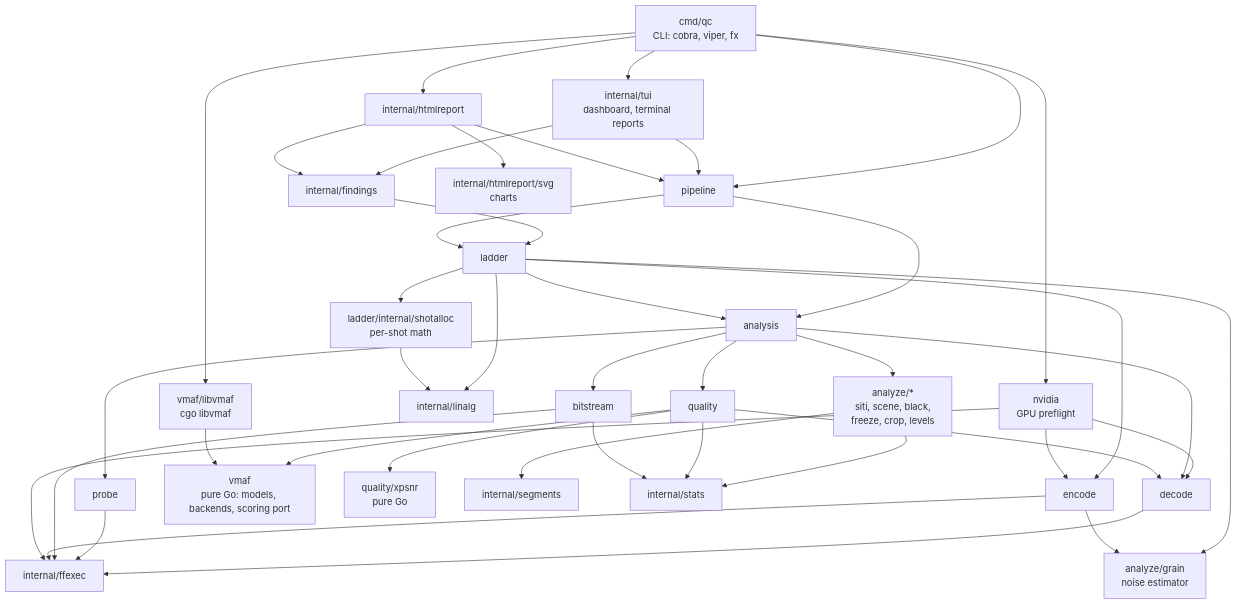
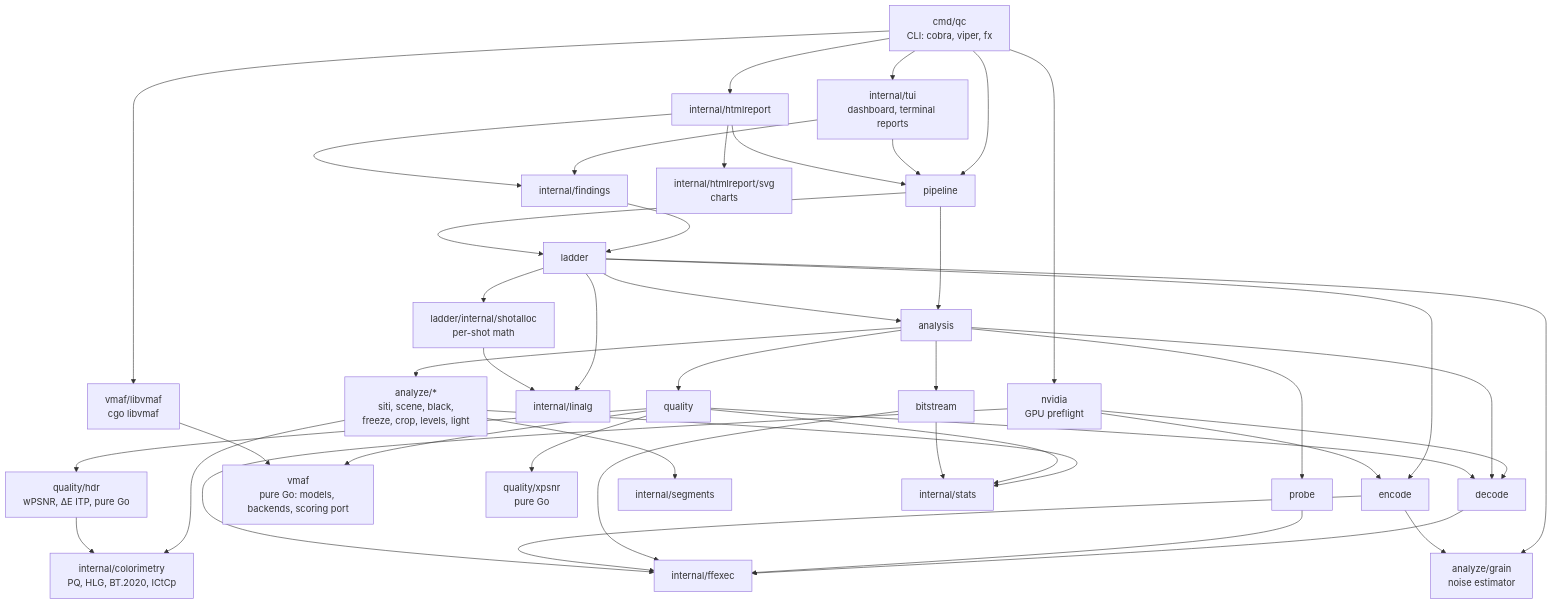
One commit to eko/qc changed the diagram in docs/architecture.md. Above: the diagram before and after it, drawn with Mermaid. The commit also changed other lines of this file and 94 other files, not shown here.

Commit message:
Added HDR analysis

````diff
--- a/docs/architecture.md
+++ b/docs/architecture.md
@@ -18,43 +18,46 @@
 ```mermaid
 flowchart TB
     cmd["cmd/qc<br/>CLI: cobra, viper, fx"] --> pipeline
     cmd --> tui["internal/tui<br/>dashboard, terminal reports"]
     cmd --> html["internal/htmlreport"]
     cmd --> libvmaf
     cmd --> nvidia["nvidia<br/>GPU preflight"]
     tui --> findings["internal/findings"]
     tui --> pipeline
     html --> findings
     html --> pipeline
     html --> svg["internal/htmlreport/svg<br/>charts"]
     findings --> ladder
     pipeline --> ladder
     pipeline --> analysis
     ladder --> analysis
     ladder --> encode
     ladder --> shotalloc["ladder/internal/shotalloc<br/>per-shot math"]
     ladder --> linalg["internal/linalg"]
     shotalloc --> linalg
     ladder --> grain["analyze/grain<br/>noise estimator"]
     encode --> grain
     nvidia --> encode
     nvidia --> decode
     analysis --> probe
     analysis --> bitstream
-    analysis --> analyze["analyze/*<br/>siti, scene, black,<br/>freeze, crop, levels"]
+    analysis --> analyze["analyze/*<br/>siti, scene, black,<br/>freeze, crop, levels, light"]
+    analyze --> colorimetry["internal/colorimetry<br/>PQ, HLG, BT.2020, ICtCp"]
     analysis --> quality
     analysis --> decode
     quality --> vmaf["vmaf<br/>pure Go: models, backends, scoring port"]
     libvmaf["vmaf/libvmaf<br/>cgo libvmaf"] --> vmaf
     quality --> decode
     quality --> xpsnr["quality/xpsnr<br/>pure Go"]
+    quality --> hdrq["quality/hdr<br/>wPSNR, ΔE ITP, pure Go"]
+    hdrq --> colorimetry
     analyze --> segments["internal/segments"]
     analyze --> stats["internal/stats"]
     quality --> stats
     bitstream --> stats
     decode --> ffexec["internal/ffexec"]
     probe --> ffexec
     bitstream --> ffexec
     encode --> ffexec
     nvidia --> ffexec
 ```
````
